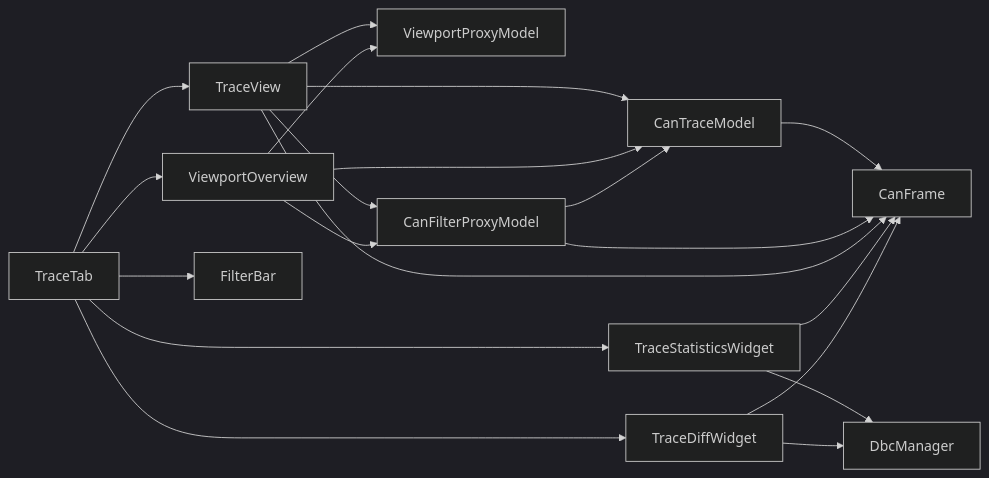
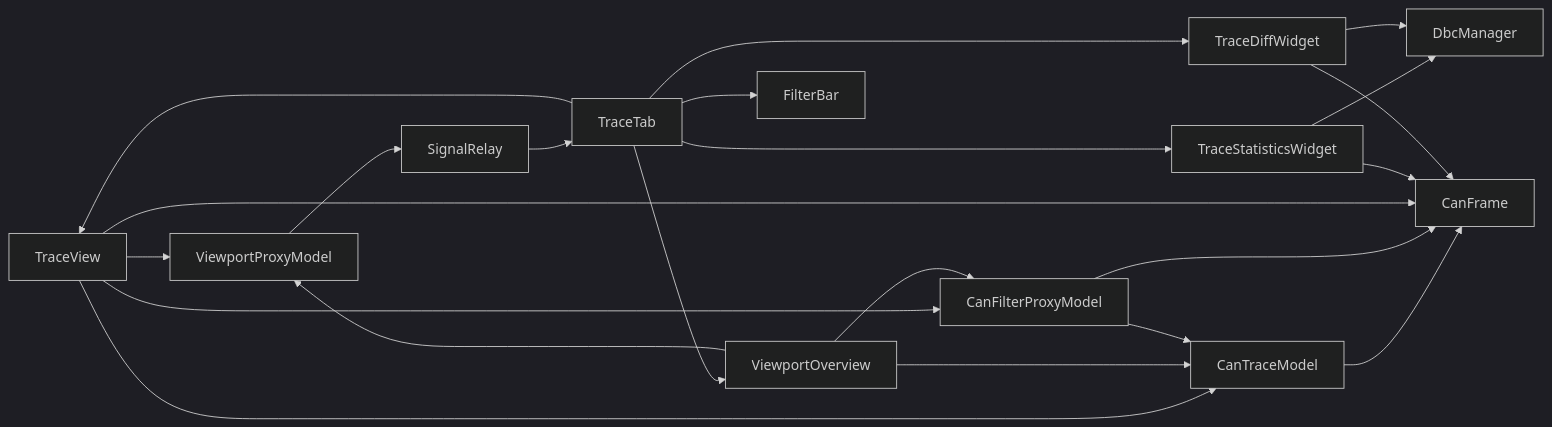
Before and after one commit to jakecai1225-design/OpenBus: the ninth of 9 diagrams in .qoder/repowiki/zh/content/架构设计/UI系统设计/跟踪视图视口概览.md, drawn with Mermaid (dark theme). The commit also changed other lines of this file and 15 other files, not shown here.

Commit message:
trace graphic优化

````diff
--- a/.qoder/repowiki/zh/content/架构设计/UI系统设计/跟踪视图视口概览.md
+++ b/.qoder/repowiki/zh/content/架构设计/UI系统设计/跟踪视图视口概览.md
@@ -397,22 +454,24 @@
 ```mermaid
 graph LR
 TV["TraceView"] --> VPM["ViewportProxyModel"]
 TV --> CFPM["CanFilterProxyModel"]
 TV --> CTM["CanTraceModel"]
 VO["ViewportOverview"] --> VPM
 VO --> CFPM
 VO --> CTM
 TSW["TraceStatisticsWidget"] --> DM["DbcManager"]
 TDW["TraceDiffWidget"] --> DM
-TT["TraceTab"] --> TV
+VPM --> SR["SignalRelay"]
+SR --> TT["TraceTab"]
+TT --> TV
 TT --> VO
 TT --> TSW
 TT --> TDW
 TT --> FB["FilterBar"]
 CFPM --> CTM
 CTM --> CF["CanFrame"]
 CFPM --> CF
 TV --> CF
 TSW --> CF
 TDW --> CF
 ```
````
